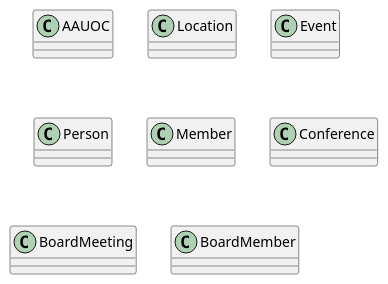
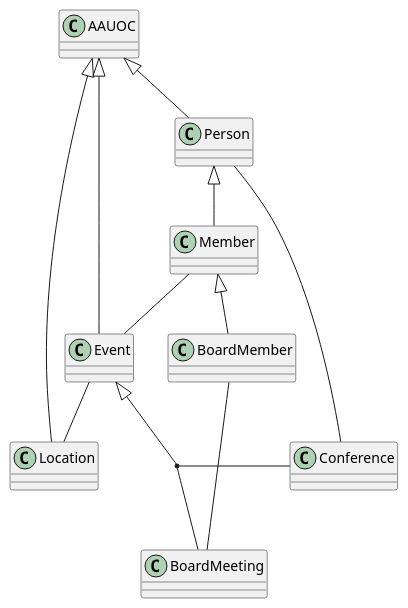
The diagram in UMLClases_Alejandro.puml (alejaandroobc/UMLClases_Alejandro), drawn with PlantUML before and after one commit. The commit also changed 1 other file, not shown here.

```diff
--- a/UMLClases_Alejandro.puml
+++ b/UMLClases_Alejandro.puml
@@ -1,10 +1,24 @@
 @startuml
+
 class AAUOC
 class Location
 class Event
 class Person
 class Member
+class BoardMember
+class BoardMeeting
 class Conference
-class BoardMeeting
-class BoardMember
+
+AAUOC <|-- Location
+AAUOC <|-- Event
+AAUOC <|-- Person
+Person <|-- Member
+Member <|-- BoardMember
+Event <|-- BoardMeeting
+Event -- Location
+Member -- Event
+BoardMember -- BoardMeeting
+Person -- Conference
+(Event, BoardMeeting) -- Conference
+
 @enduml
```
